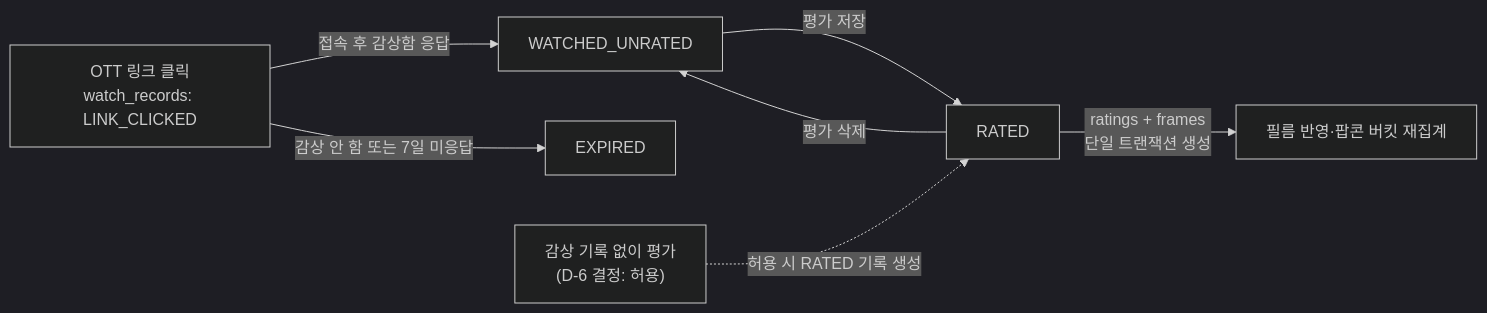
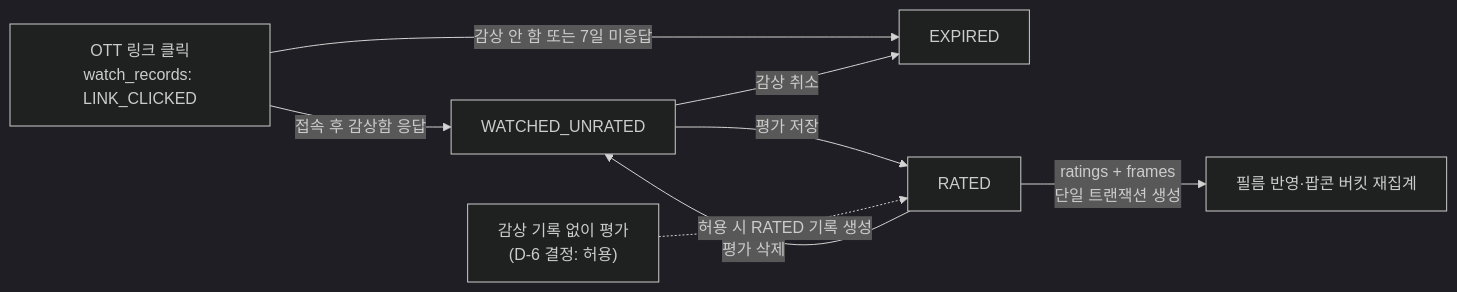
The eighth of 8 diagrams in docs/erd.md (koongya-studio/feelm), drawn with Mermaid (dark theme) before and after one commit. The commit also changed other lines of this file and 5 other files, not shown here.

````diff
--- a/docs/erd.md
+++ b/docs/erd.md
@@ -493,9 +493,10 @@
 ```mermaid
 flowchart LR
     A["OTT 링크 클릭<br/>watch_records: LINK_CLICKED"] -->|접속 후 감상함 응답| B["WATCHED_UNRATED"]
     A -->|감상 안 함 또는 7일 미응답| X["EXPIRED"]
+    B -->|감상 취소| X
     B -->|평가 저장| C["RATED"]
     C -->|ratings + frames<br/>단일 트랜잭션 생성| D["필름 반영·팝콘 버킷 재집계"]
     C -->|평가 삭제| B
     S["감상 기록 없이 평가<br/>(D-6 결정: 허용)"] -.->|허용 시 RATED 기록 생성| C
 ```
````
